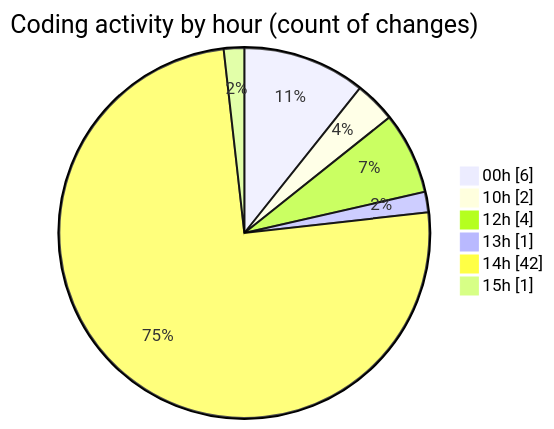
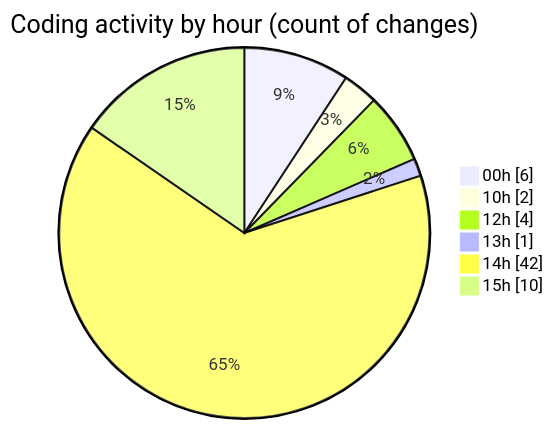
The second of 2 diagrams in 2025-06-04/nxtqube_webapp/README.md (nxtqubesakshisongat/code-tracking), drawn with Mermaid before and after one commit. The commit also changed other lines of this file and 1 other file, not shown here.

````diff
--- a/2025-06-04/nxtqube_webapp/README.md
+++ b/2025-06-04/nxtqube_webapp/README.md
@@ -33,10 +33,10 @@
 ```mermaid
 pie showData
 title Coding activity by hour (count of changes)
 "00h" : 6
 "10h" : 2
 "12h" : 4
 "13h" : 1
 "14h" : 42
-"15h" : 1
+"15h" : 10
 ```
````
